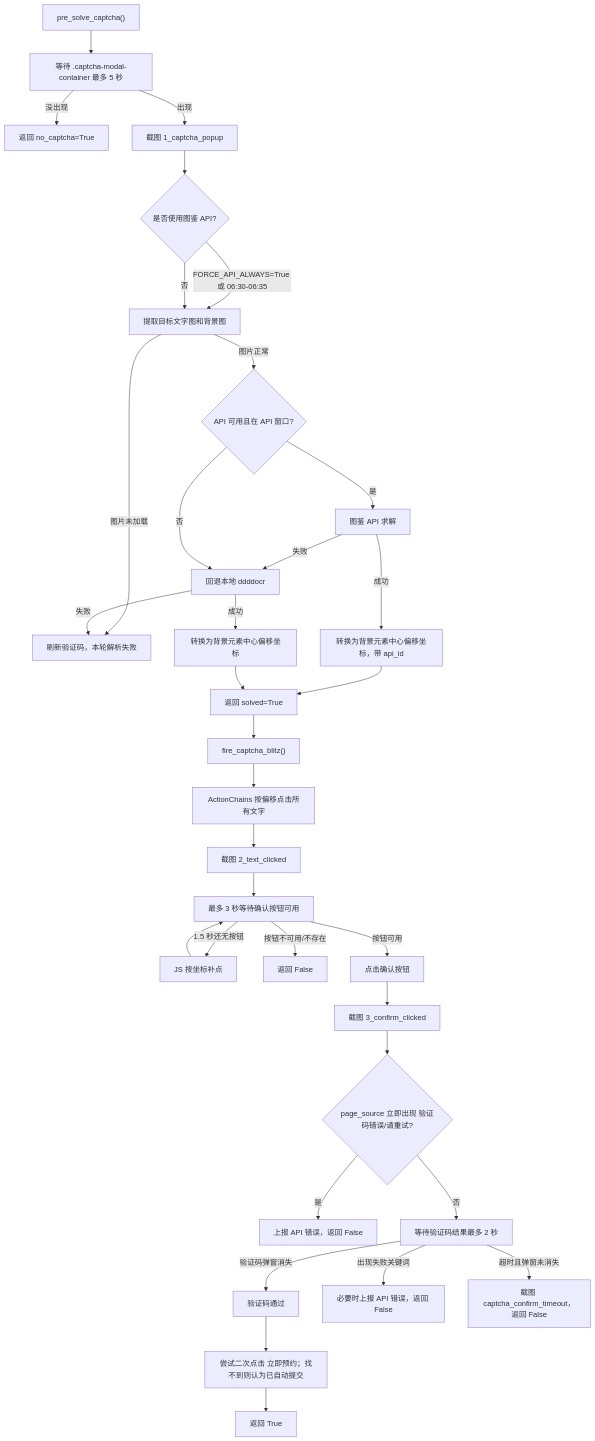
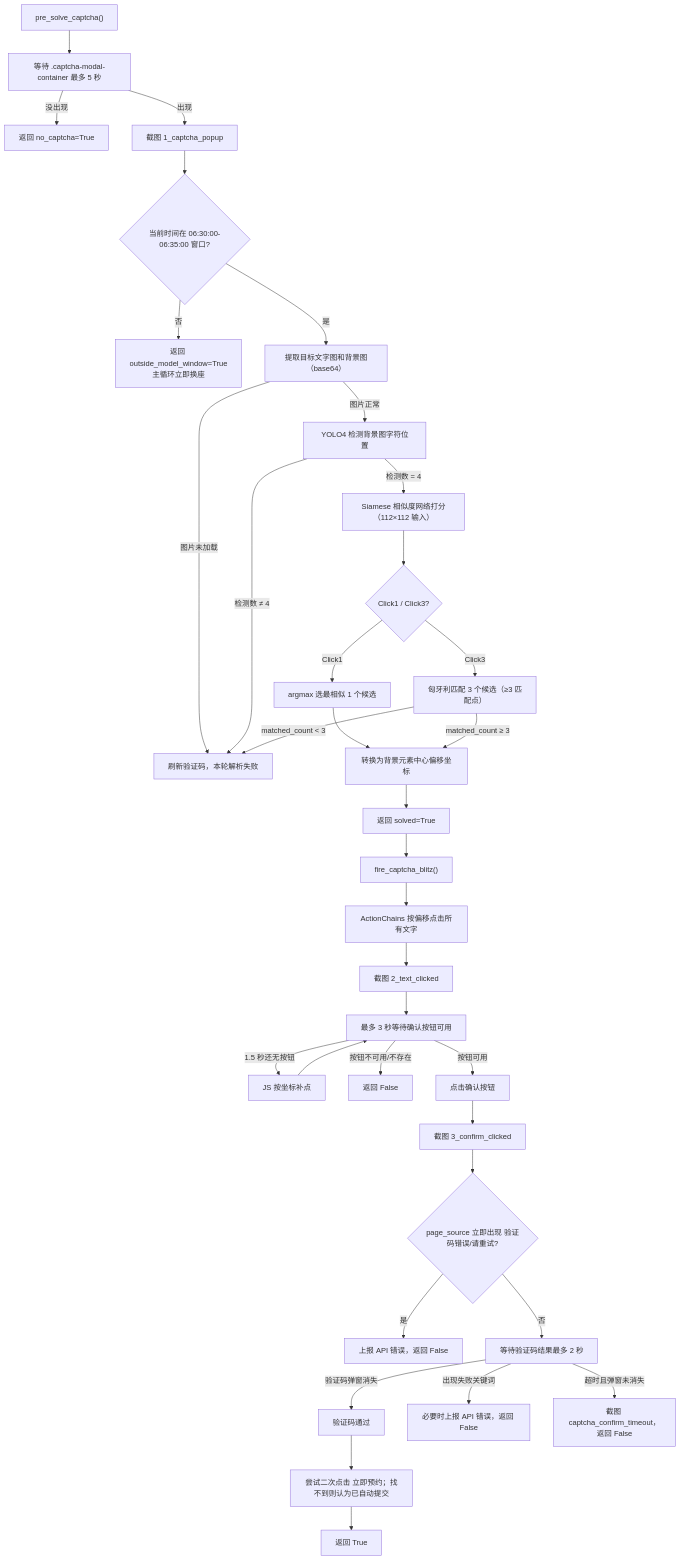
Before and after one commit to XUNRANA/LNU-LibSeat-Automation: the eighth of 10 diagrams in docs/BOOKING_FLOWCHART.md, drawn with Mermaid. The commit also changed other lines of this file and 64 other files, not shown here.

````diff
--- a/docs/BOOKING_FLOWCHART.md
+++ b/docs/BOOKING_FLOWCHART.md
@@ -288,37 +268,38 @@
 ```mermaid
 flowchart TD
     A["pre_solve_captcha()"] --> B["等待 .captcha-modal-container 最多 5 秒"]
     B -- "没出现" --> NOCAP["返回 no_captcha=True"]
     B -- "出现" --> C["截图 1_captcha_popup"]
-    C --> D{"是否使用图鉴 API?"}
-    D -- "FORCE_API_ALWAYS=True 或 06:30-06:35" --> E["提取目标文字图和背景图"]
-    D -- "否" --> E
+    C --> D{"当前时间在 06:30:00-06:35:00 窗口?"}
+    D -- "否" --> WIN["返回 outside_model_window=True<br/>主循环立即换座"]
+    D -- "是" --> E["提取目标文字图和背景图（base64）"]
     E -- "图片未加载" --> F["刷新验证码，本轮解析失败"]
-    E -- "图片正常" --> G{"API 可用且在 API 窗口?"}
-    G -- "是" --> H["图鉴 API 求解"]
-    H -- "成功" --> I["转换为背景元素中心偏移坐标，带 api_id"]
-    H -- "失败" --> J["回退本地 ddddocr"]
-    G -- "否" --> J
-    J -- "成功" --> K["转换为背景元素中心偏移坐标"]
-    J -- "失败" --> F
-    I --> OK["返回 solved=True"]
-    K --> OK
+    E -- "图片正常" --> G["YOLO4 检测背景图字符位置"]
+    G -- "检测数 ≠ 4" --> F
+    G -- "检测数 = 4" --> H["Siamese 相似度网络打分（112×112 输入）"]
+    H --> I{"Click1 / Click3?"}
+    I -- "Click1" --> J1["argmax 选最相似 1 个候选"]
+    I -- "Click3" --> J3["匈牙利匹配 3 个候选（≥3 匹配点）"]
+    J1 --> K["转换为背景元素中心偏移坐标"]
+    J3 -- "matched_count < 3" --> F
+    J3 -- "matched_count ≥ 3" --> K
+    K --> OK["返回 solved=True"]
 
     OK --> L["fire_captcha_blitz()"]
     L --> M["ActionChains 按偏移点击所有文字"]
     M --> M1["截图 2_text_clicked"]
     M1 --> M2["最多 3 秒等待确认按钮可用"]
     M2 -- "1.5 秒还无按钮" --> M3["JS 按坐标补点"]
     M3 --> M2
     M2 -- "按钮不可用/不存在" --> FAIL1["返回 False"]
     M2 -- "按钮可用" --> M4["点击确认按钮"]
     M4 --> M5["截图 3_confirm_clicked"]
     M5 --> M6{"page_source 立即出现 验证码错误/请重试?"}
     M6 -- "是" --> FAIL2["上报 API 错误，返回 False"]
     M6 -- "否" --> M7["等待验证码结果最多 2 秒"]
     M7 -- "验证码弹窗消失" --> M8["验证码通过"]
     M7 -- "出现失败关键词" --> FAIL3["必要时上报 API 错误，返回 False"]
     M7 -- "超时且弹窗未消失" --> FAIL4["截图 captcha_confirm_timeout，返回 False"]
     M8 --> M9["尝试二次点击 立即预约；找不到则认为已自动提交"]
     M9 --> DONE["返回 True"]
 ```
````
